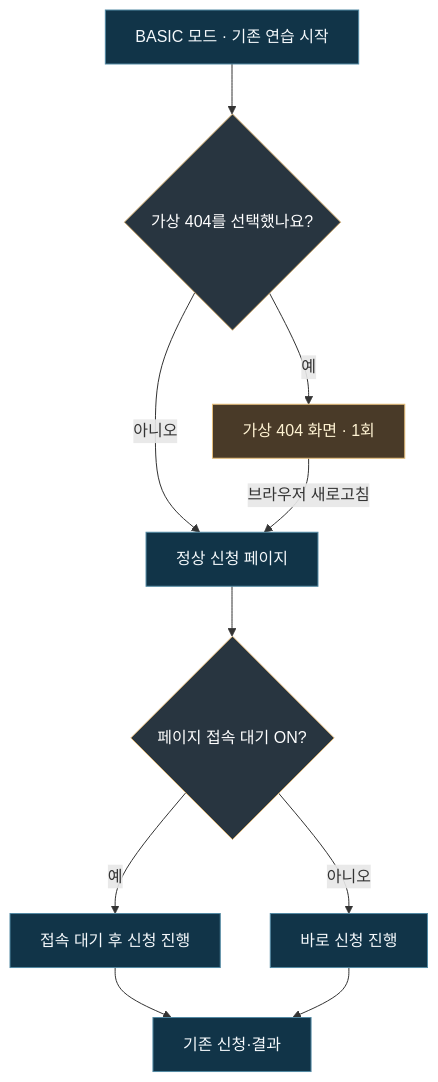
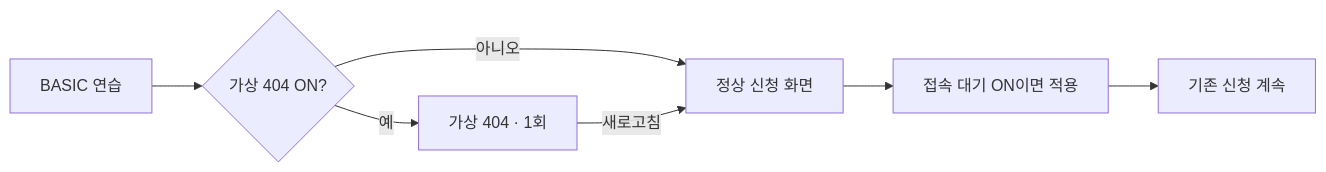
Before and after one commit to chny0n/Hanmo: the diagram in README.md, drawn with Mermaid. The commit also changed other lines of this file, not shown here.

Commit message:
docs(readme): center student journey, remove data-rigor pitch and compact BASIC diagram

````diff
--- a/README.md
+++ b/README.md
@@ -61,19 +81,9 @@
 ```mermaid
-flowchart TB
-    A["BASIC 모드 · 기존 연습 시작"] --> B{"가상 404를 선택했나요?"}
-    B -- "아니오" --> D["정상 신청 페이지"]
-    B -- "예" --> C["가상 404 화면 · 1회"]
-    C -- "브라우저 새로고침" --> D
-    D --> E{"페이지 접속 대기 ON?"}
-    E -- "아니오" --> G["바로 신청 진행"]
-    E -- "예" --> F["접속 대기 후 신청 진행"]
-    F --> H["기존 신청·결과"]
-    G --> H
-
-    classDef original fill:#113448,stroke:#5289A3,color:#F5F9FC
-    classDef choice fill:#283540,stroke:#D5AE70,color:#FFFFFF
-    classDef incident fill:#493A28,stroke:#E7BE79,color:#FFF3D3
-    class A,D,F,G,H original
-    class B,E choice
-    class C incident
+flowchart LR
+    A["BASIC 연습"] --> B{"가상 404 ON?"}
+    B -- "아니오" --> D["정상 신청 화면"]
+    B -- "예" --> C["가상 404 · 1회"]
+    C -- "새로고침" --> D
+    D --> E["접속 대기 ON이면 적용"]
+    E --> F["기존 신청 계속"]
 ```
````
